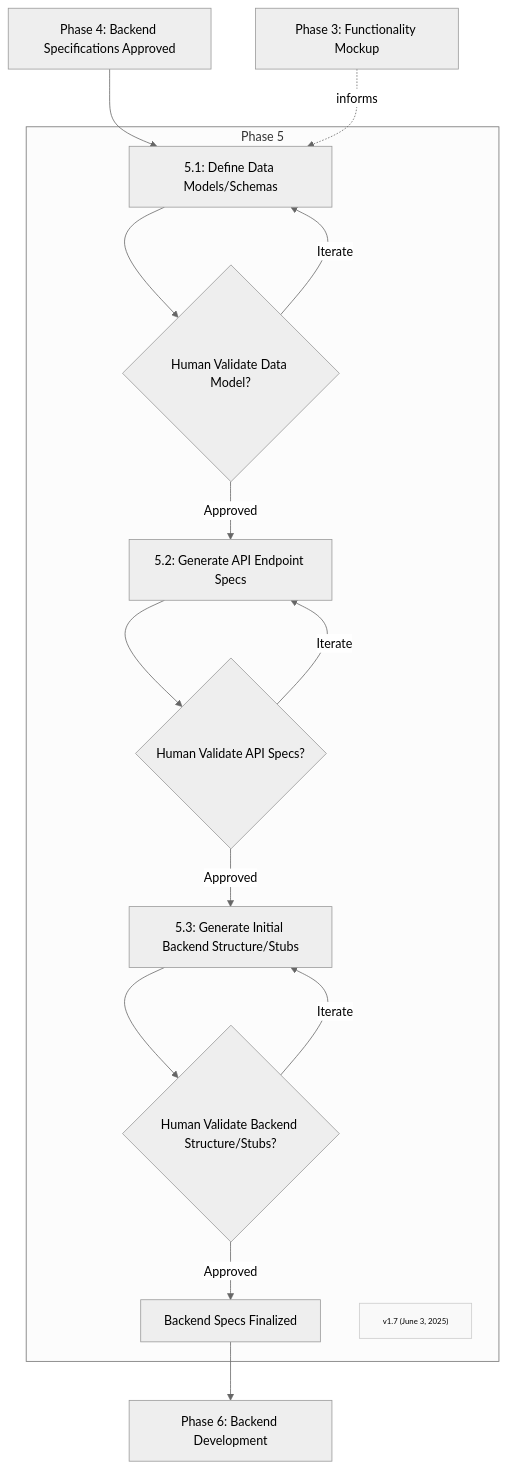
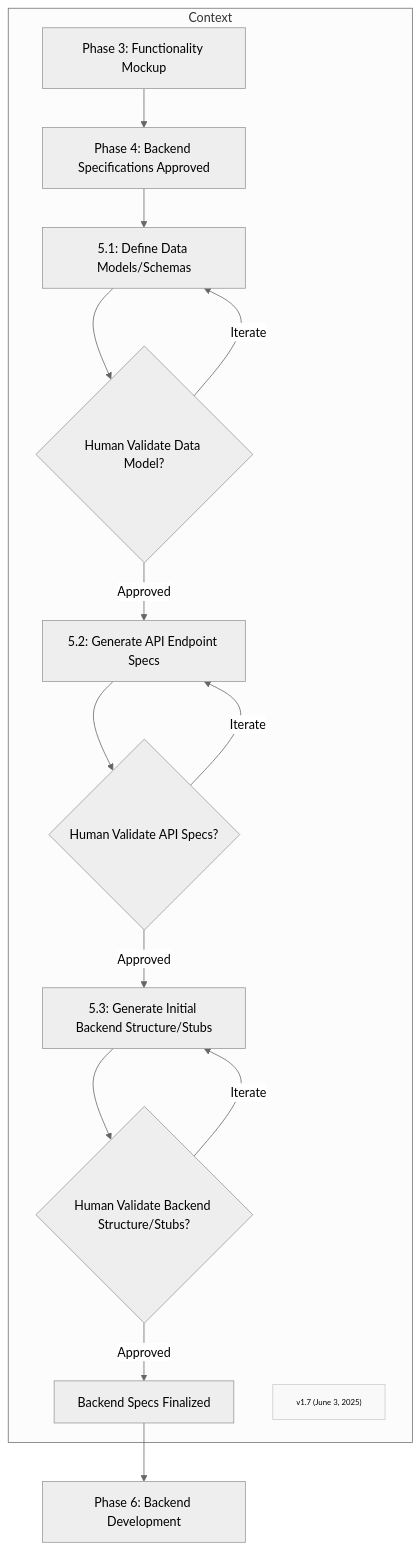
One commit to Mharbulous/Front-First-Method changed the diagram in Phases/FF-phase5.md. Above: the diagram before and after it, drawn with Mermaid (neutral theme).

````diff
--- a/Phases/FF-phase5.md
+++ b/Phases/FF-phase5.md
@@ -1,24 +1,28 @@
 ```mermaid
 graph TD
 
-Phase4["Phase 4: Backend Specifications Approved"] --> Phase5_1
-Phase3["Phase 3: Functionality Mockup"] -.-> |informs|Phase5_1
+    subgraph Phase5["Context"]
+        Phase3["Phase 3: Functionality Mockup"] --> Phase4["Phase 4: Backend Specifications Approved"]
+        Phase4["Phase 4: Backend Specifications Approved"] --> Phase5_1
+    end
 
     subgraph Phase5["Phase 5"]
         Phase5_1["5.1: Define Data Models/Schemas"]    
         Phase5_1 --> Phase5_1_Val{"Human Validate Data Model?"}
         Phase5_1_Val -->|Iterate| Phase5_1
         Phase5_1_Val -->|Approved| Phase5_2["5.2: Generate API Endpoint Specs"]
         Phase5_2 --> Phase5_2_Val{"Human Validate API Specs?"}
         Phase5_2_Val -->|Iterate| Phase5_2
         Phase5_2_Val -->|Approved| Phase5_3["5.3: Generate Initial Backend Structure/Stubs"]
         Phase5_3 --> Phase5_3_Val{"Human Validate Backend Structure/Stubs?"}
         Phase5_3_Val -->|Iterate| Phase5_3
         Phase5_3_Val -->|Approved| BackendSpecsFinalized["Backend Specs Finalized"]
         Version["v1.7 (June 3, 2025)"]
         classDef version fill:#f9f9f9,stroke:#ccc,font-size:10px
         class Version version
     end
+ 
+
 
 BackendSpecsFinalized --> Phase6["Phase 6: Backend Development"]
 ```
````
